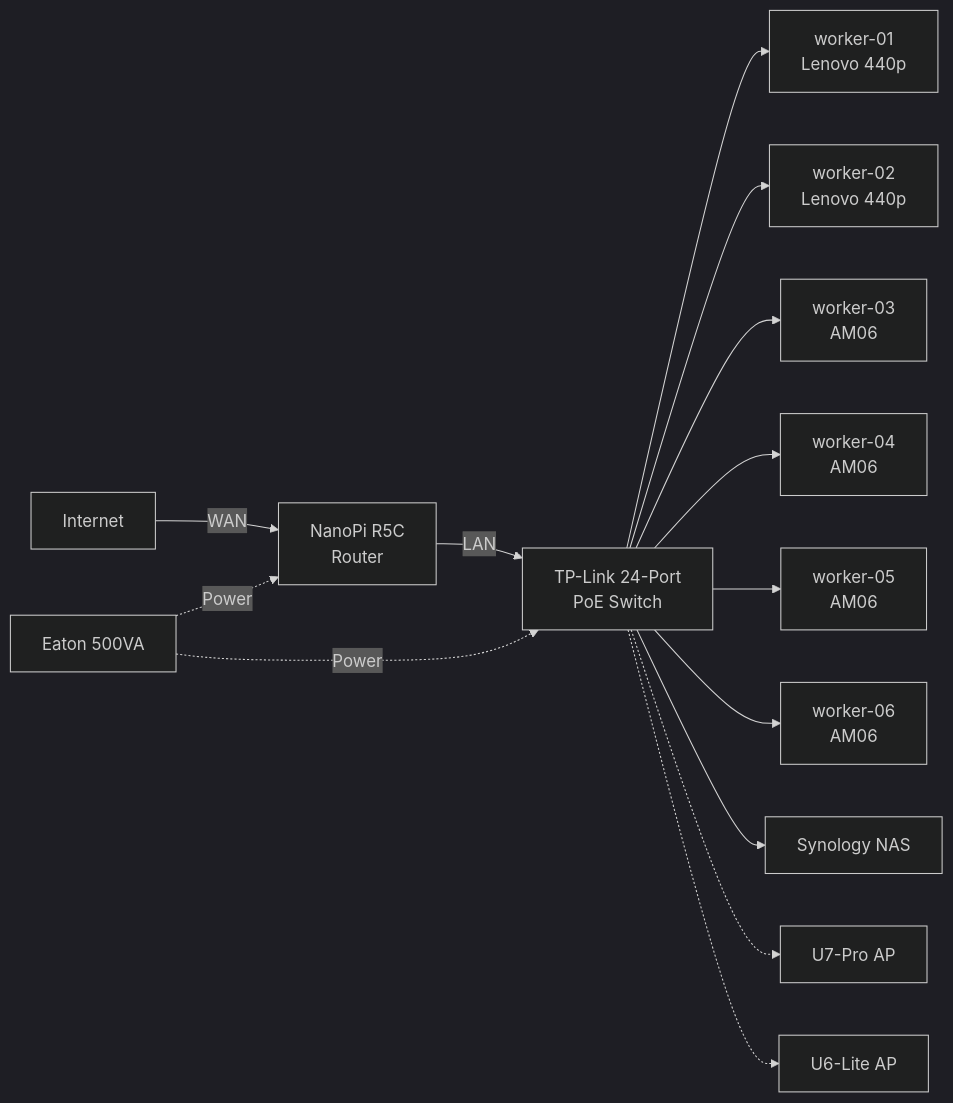
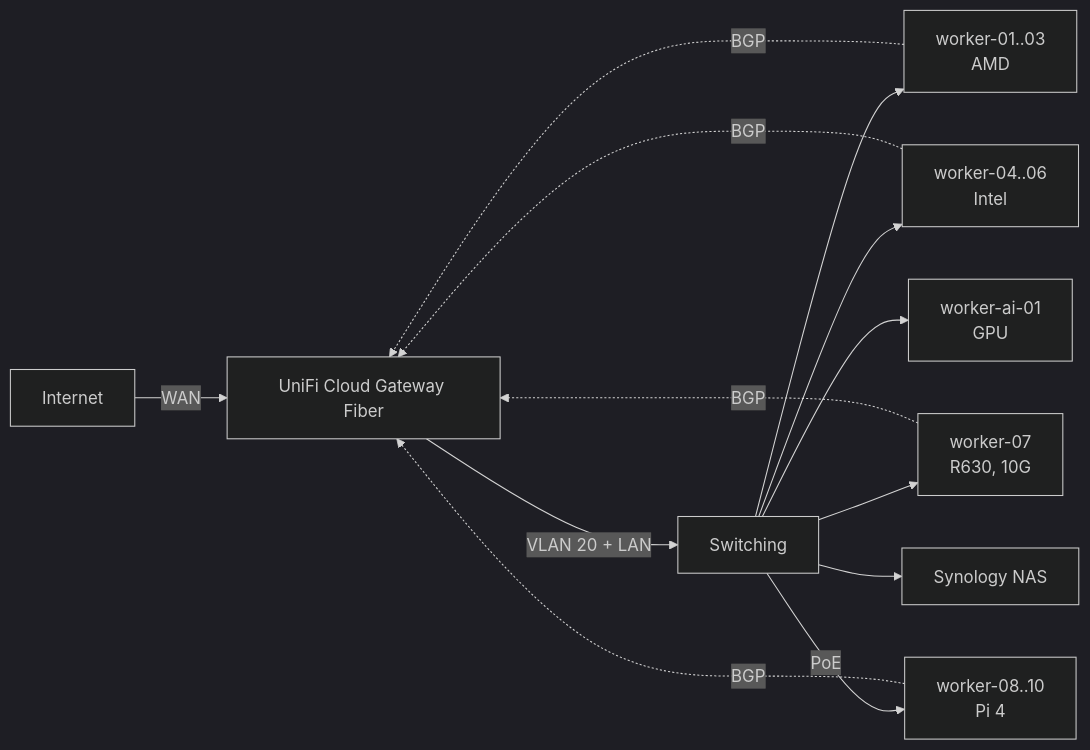
Before and after one commit to swibrow/home-ops: the diagram in docs/infrastructure/hardware.md, drawn with Mermaid (dark theme). The commit also changed other lines of this file and 105 other files, not shown here.

````diff
--- a/docs/infrastructure/hardware.md
+++ b/docs/infrastructure/hardware.md
@@ -70,21 +122,14 @@
 ```mermaid
 graph LR
-    Internet -->|WAN| RT[NanoPi R5C<br/>Router]
-    RT -->|LAN| SW[TP-Link 24-Port<br/>PoE Switch]
+    Internet -->|WAN| GW[UniFi Cloud Gateway Fiber]
+    GW -->|VLAN 20 + LAN| SW[Switching]
 
-    SW --> CP1[worker-01<br/>Lenovo 440p]
-    SW --> CP2[worker-02<br/>Lenovo 440p]
-    SW --> CP3[worker-03<br/>AM06]
-
-    SW --> W4[worker-04<br/>AM06]
-    SW --> W5[worker-05<br/>AM06]
-    SW --> W6[worker-06<br/>AM06]
-
+    SW --> CP[worker-01..03<br/>AMD]
+    SW --> IN[worker-04..06<br/>Intel]
+    SW --> R630[worker-07<br/>R630, 10G]
+    SW -->|PoE| PI[worker-08..10<br/>Pi 4]
+    SW --> AI[worker-ai-01<br/>GPU]
     SW --> NAS[Synology NAS]
 
-    SW -.-> AP1[U7-Pro AP]
-    SW -.-> AP2[U6-Lite AP]
-
-    UPS[Eaton 500VA] -.->|Power| SW
-    UPS -.->|Power| RT
+    CP & IN & R630 & PI -.->|BGP| GW
 ```
````
